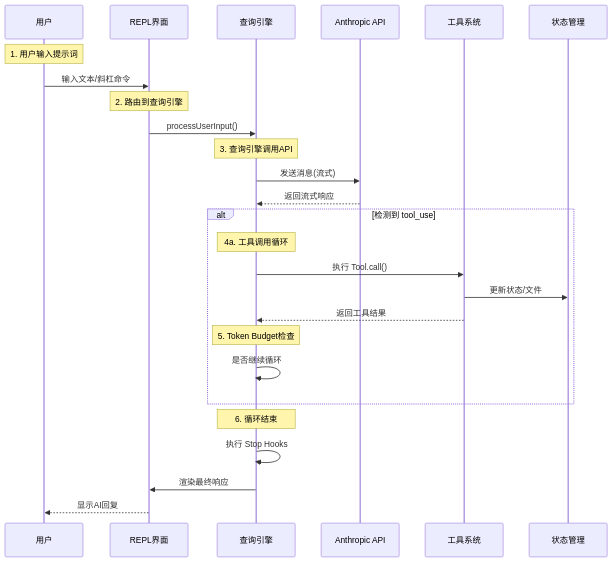
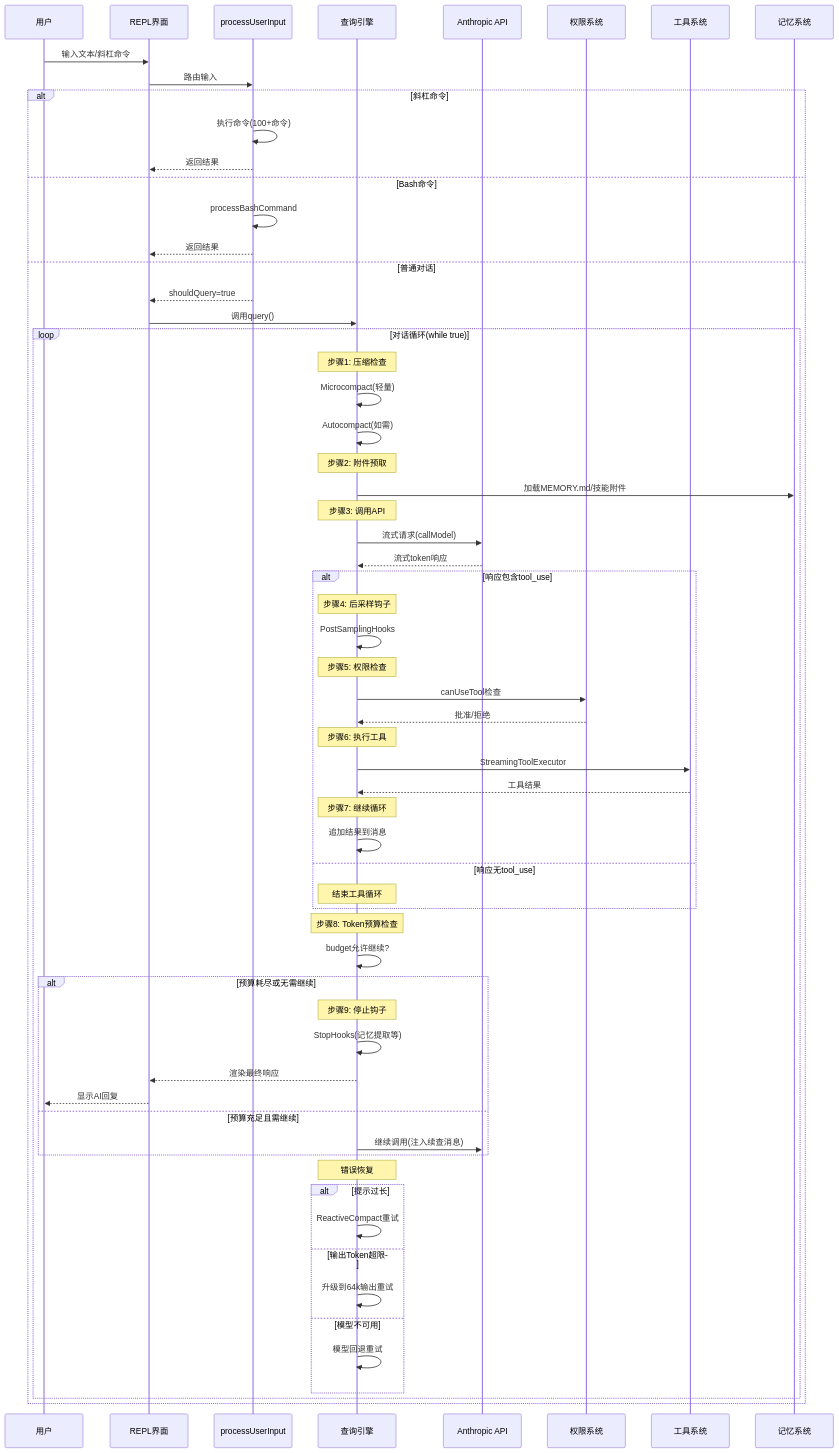
Before and after one commit to ShellMonster/claude-code-architecture: the second of 3 diagrams in README.md, drawn with Mermaid. The commit also changed other lines of this file, not shown here.

Commit message:
docs: 根据源码验证大幅修正Mermaid架构图

````diff
--- a/README.md
+++ b/README.md
@@ -149,31 +187,77 @@
 ```mermaid
 sequenceDiagram
     participant User as 用户
     participant REPL as REPL界面
+    participant PUI as processUserInput
     participant Query as 查询引擎
     participant API as Anthropic API
+    participant Perm as 权限系统
     participant Tool as 工具系统
-    participant State as 状态管理
+    participant Memory as 记忆系统
 
-    Note over User: 1. 用户输入提示词
     User->>REPL: 输入文本/斜杠命令
-    Note over REPL: 2. 路由到查询引擎
-    REPL->>Query: processUserInput()
-    Note over Query: 3. 查询引擎调用API
-    Query->>API: 发送消息(流式)
-    API-->>Query: 返回流式响应
+    REPL->>PUI: 路由输入
 
-    alt 检测到 tool_use
-        Note over Query: 4a. 工具调用循环
-        Query->>Tool: 执行 Tool.call()
-        Tool->>State: 更新状态/文件
-        Tool-->>Query: 返回工具结果
-        Note over Query: 5. Token Budget检查
-        Query->>Query: 是否继续循环
+    alt 斜杠命令
+        PUI->>PUI: 执行命令(100+命令)
+        PUI-->>REPL: 返回结果
+    else Bash命令
+        PUI->>PUI: processBashCommand
+        PUI-->>REPL: 返回结果
+    else 普通对话
+        PUI-->>REPL: shouldQuery=true
+        REPL->>Query: 调用query()
+
+        loop 对话循环(while true)
+            Note over Query: 步骤1: 压缩检查
+            Query->>Query: Microcompact(轻量)
+            Query->>Query: Autocompact(如需)
+
+            Note over Query: 步骤2: 附件预取
+            Query->>Memory: 加载MEMORY.md/技能附件
+
+            Note over Query: 步骤3: 调用API
+            Query->>API: 流式请求(callModel)
+            API-->>Query: 流式token响应
+
+            alt 响应包含tool_use
+                Note over Query: 步骤4: 后采样钩子
+                Query->>Query: PostSamplingHooks
+
+                Note over Query: 步骤5: 权限检查
+                Query->>Perm: canUseTool检查
+                Perm-->>Query: 批准/拒绝
+
+                Note over Query: 步骤6: 执行工具
+                Query->>Tool: StreamingToolExecutor
+                Tool-->>Query: 工具结果
+
+                Note over Query: 步骤7: 继续循环
+                Query->>Query: 追加结果到消息
+            else 响应无tool_use
+                Note over Query: 结束工具循环
+            end
+
+            Note over Query: 步骤8: Token预算检查
+            Query->>Query: budget允许继续?
+
+            alt 预算耗尽或无需继续
+                Note over Query: 步骤9: 停止钩子
+                Query->>Query: StopHooks(记忆提取等)
+                Query-->>REPL: 渲染最终响应
+                REPL-->>User: 显示AI回复
+            else 预算充足且需继续
+                Query->>API: 继续调用(注入续查消息)
+            end
+
+            Note over Query: 错误恢复
+            alt 提示过长
+                Query->>Query: ReactiveCompact重试
+            else 输出Token超限
+                Query->>Query: 升级到64k输出重试
+            else 模型不可用
+                Query->>Query: 模型回退重试
+            end
+        end
     end
-
-    Note over Query: 6. 循环结束
-    Query->>Query: 执行 Stop Hooks
-    Query->>REPL: 渲染最终响应
-    REPL-->>User: 显示AI回复
 ```
````
